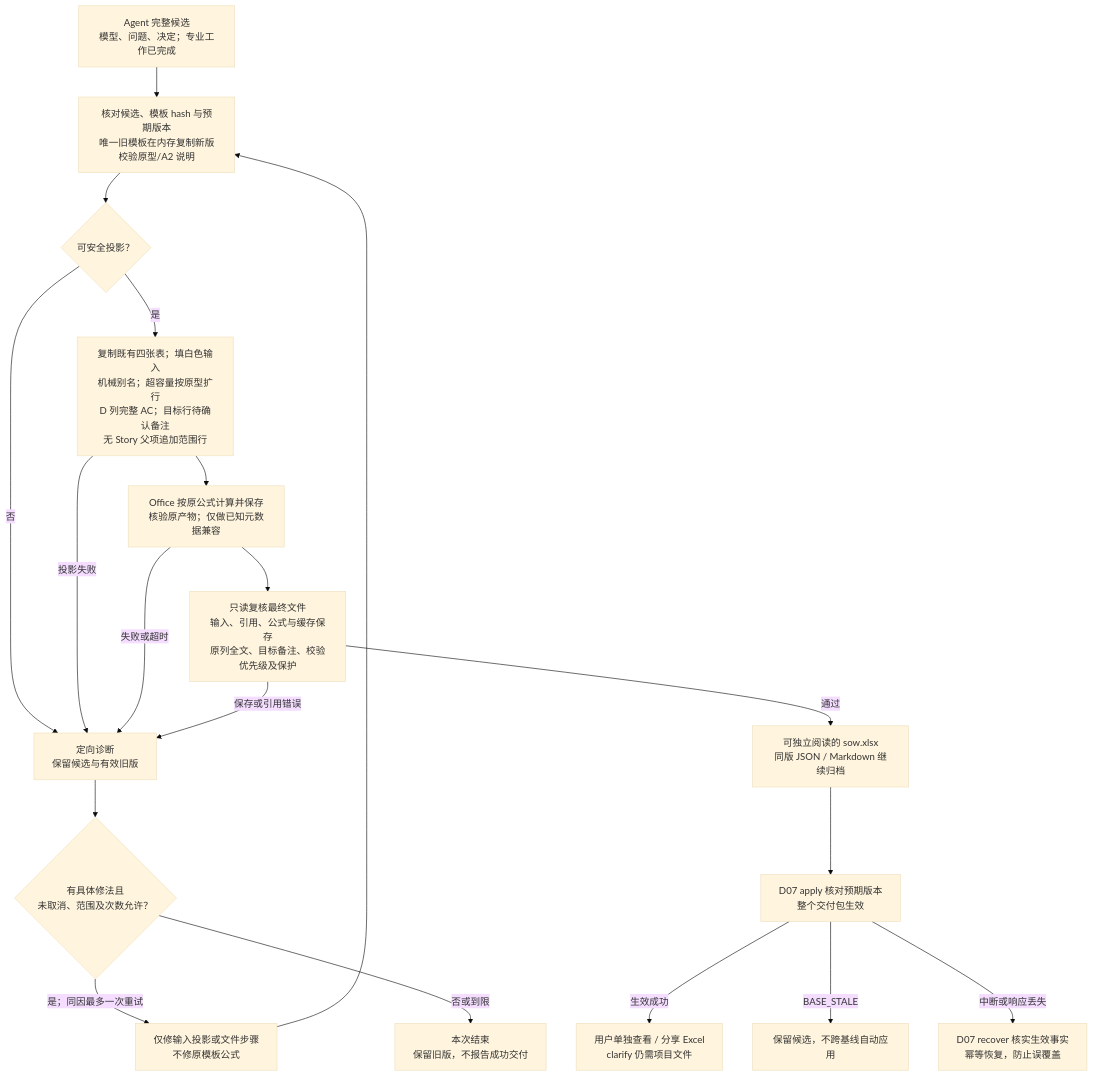
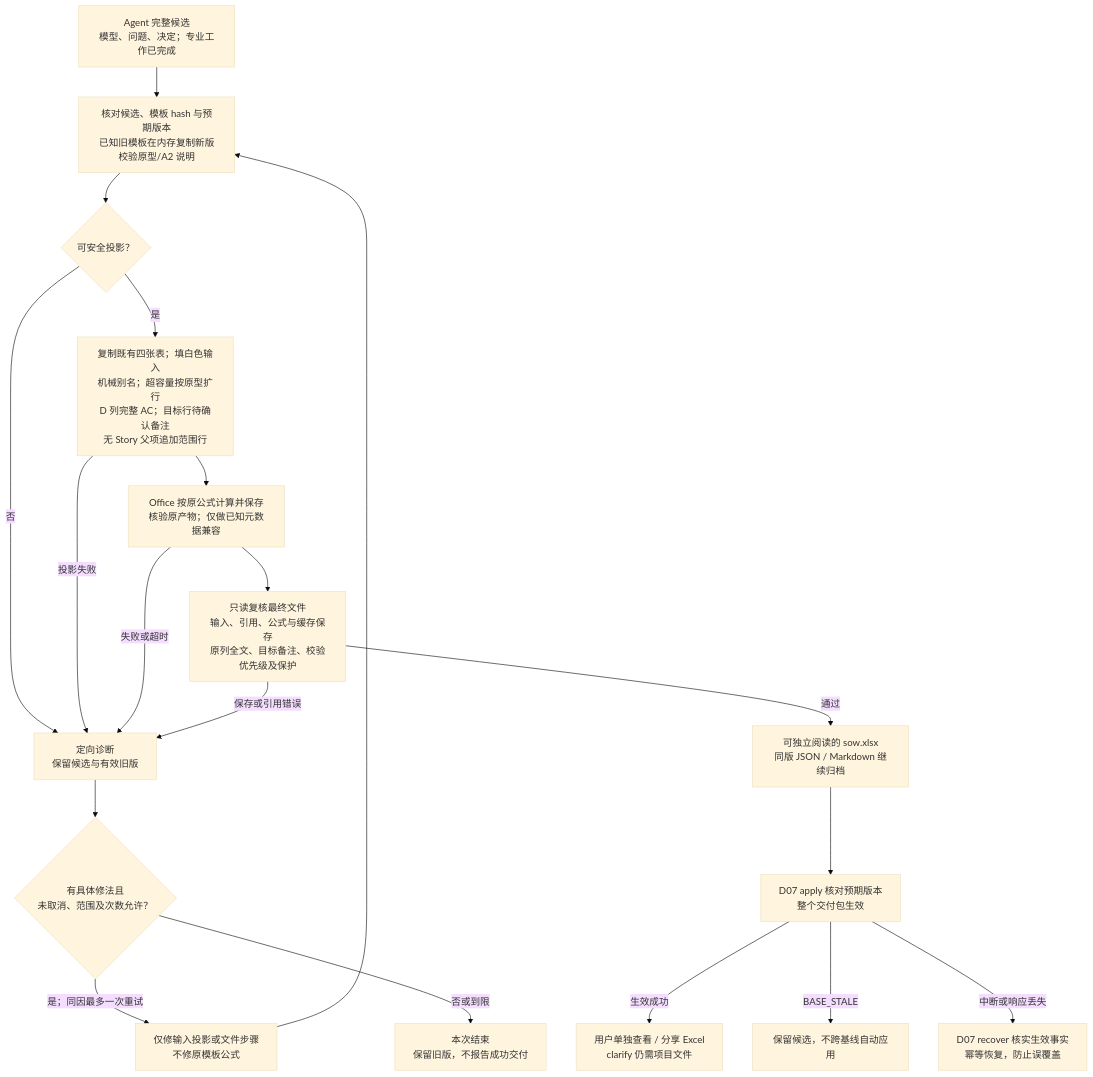
One commit to InspireChina/ai-plugin-marketplace changed the diagram in plugins/ai-sow-lite/docs/design/detailed/D06-excel-projection-and-delivery.md. Above: the diagram before and after it, drawn with Mermaid (base theme). The commit also changed other lines of this file and 27 other files, not shown here.

````diff
--- a/plugins/ai-sow-lite/docs/design/detailed/D06-excel-projection-and-delivery.md
+++ b/plugins/ai-sow-lite/docs/design/detailed/D06-excel-projection-and-delivery.md
@@ -187,21 +193,21 @@
 ```mermaid
 flowchart TD
-    A["Agent 完整候选<br/>模型、问题、决定；专业工作已完成"] --> B["核对候选、模板 hash 与预期版本<br/>唯一旧模板在内存复制新版校验原型/A2 说明"]
+    A["Agent 完整候选<br/>模型、问题、决定；专业工作已完成"] --> B["核对候选、模板 hash 与预期版本<br/>已知旧模板在内存复制新版校验原型/A2 说明"]
     B --> C{"可安全投影？"}
     C -->|否| F["定向诊断<br/>保留候选与有效旧版"]
     C -->|是| D["复制既有四张表；填白色输入<br/>机械别名；超容量按原型扩行<br/>D 列完整 AC；目标行待确认备注<br/>无 Story 父项追加范围行"]
     D --> O["Office 按原公式计算并保存<br/>核验原产物；仅做已知元数据兼容"]
     O --> V["只读复核最终文件<br/>输入、引用、公式与缓存保存<br/>原列全文、目标备注、校验优先级及保护"]
     D -->|投影失败| F
     O -->|失败或超时| F
     V -->|保存或引用错误| F
     F --> R{"有具体修法且<br/>未取消、范围及次数允许？"}
     R -->|是；同因最多一次重试| Q["仅修输入投影或文件步骤<br/>不修原模板公式"]
     Q --> B
     R -->|否或到限| E["本次结束<br/>保留旧版，不报告成功交付"]
     V -->|通过| P["可独立阅读的 sow.xlsx<br/>同版 JSON / Markdown 继续归档"]
     P --> S["D07 apply 核对预期版本<br/>整个交付包生效"]
     S -->|生效成功| U["用户单独查看 / 分享 Excel<br/>clarify 仍需项目文件"]
     S -->|BASE_STALE| K["保留候选，不跨基线自动应用"]
     S -->|中断或响应丢失| H["D07 recover 核实生效事实<br/>幂等恢复，防止误覆盖"]
 ```
````
